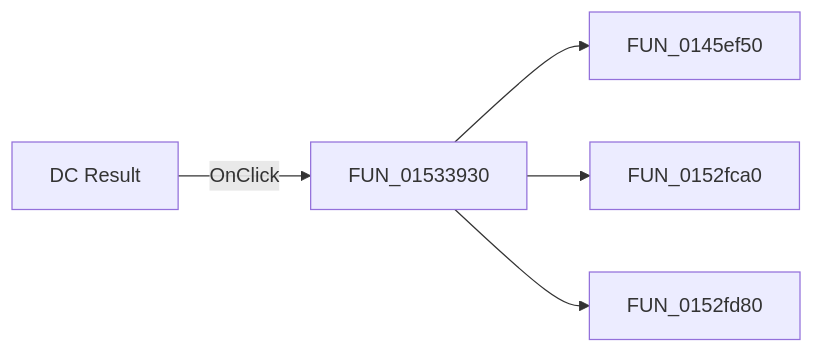
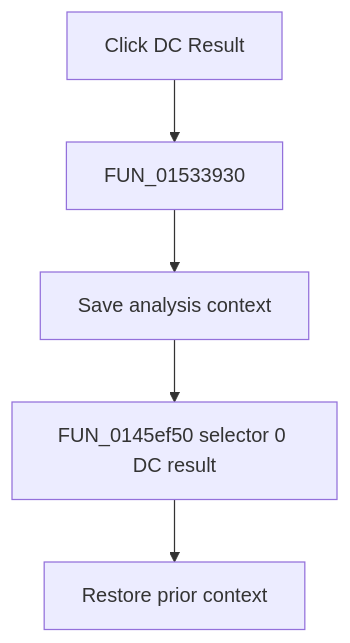
Before and after one commit to MovGP0/TIARA: the diagram in docs/ui-controls/netlisteditor/midcresult-5694f20083.md, drawn with Mermaid. The commit also changed other lines of this file and 1062 other files, not shown here.

````diff
--- a/docs/ui-controls/netlisteditor/midcresult-5694f20083.md
+++ b/docs/ui-controls/netlisteditor/midcresult-5694f20083.md
@@ -27,7 +29,7 @@
 ```mermaid
-flowchart LR
-    control["DC Result"] -->|OnClick| handler["FUN_01533930"]
-    handler --> call1["FUN_0145ef50"]
-    handler --> call2["FUN_0152fca0"]
-    handler --> call3["FUN_0152fd80"]
+flowchart TD
+    control["Click DC Result"] --> handler["FUN_01533930"]
+    handler --> prepare["Save analysis context"]
+    prepare --> action["FUN_0145ef50 selector 0 DC result"]
+    action --> restore["Restore prior context"]
 ```
````
